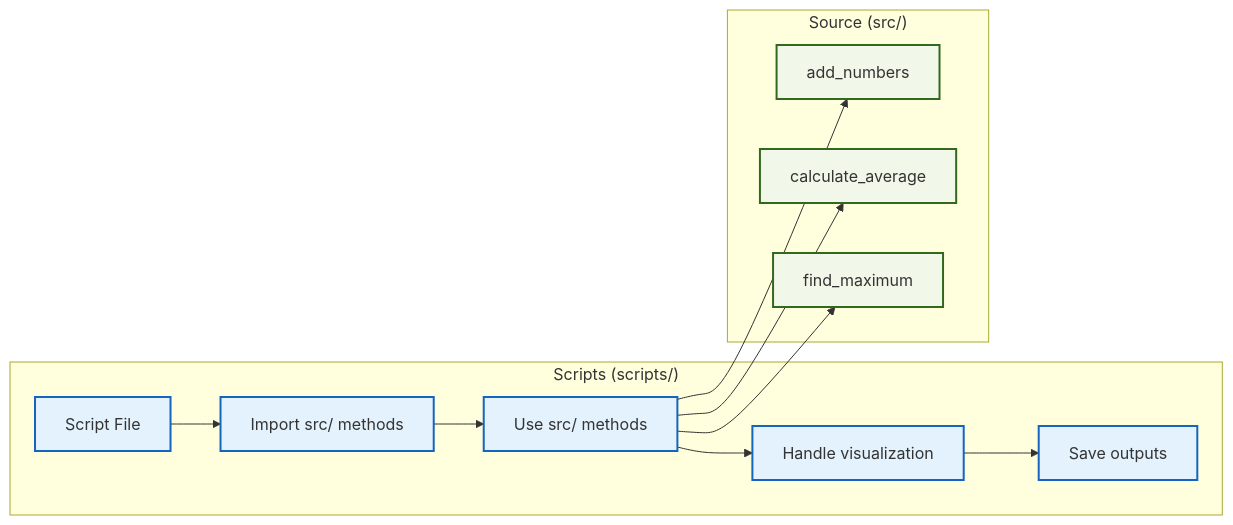
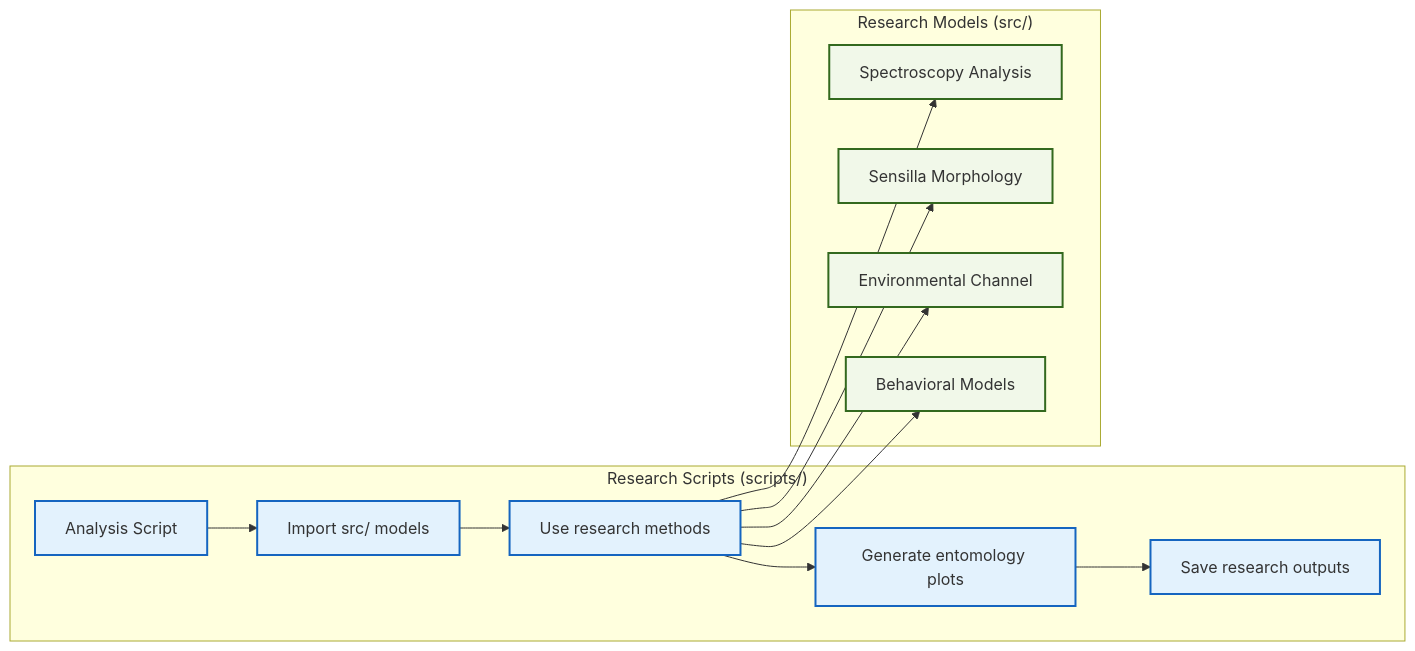
Before and after one commit to docxology/cohereants: the second of 4 diagrams in ARCHITECTURE.md, drawn with Mermaid. The commit also changed other lines of this file and 210 other files, not shown here.

````diff
--- a/ARCHITECTURE.md
+++ b/ARCHITECTURE.md
@@ -94,30 +101,32 @@
 ```mermaid
 graph LR
-    subgraph "Scripts (scripts/)"
-        SCRIPT[Script File]
-        IMPORT[Import src/ methods]
-        USE[Use src/ methods]
-        VISUALIZE[Handle visualization]
-        OUTPUT[Save outputs]
+    subgraph "Research Scripts (scripts/)"
+        SCRIPT[Analysis Script]
+        IMPORT[Import src/ models]
+        USE[Use research methods]
+        VISUALIZE[Generate entomology plots]
+        OUTPUT[Save research outputs]
     end
-    
-    subgraph "Source (src/)"
-        FUNC1[add_numbers]
-        FUNC2[calculate_average]
-        FUNC3[find_maximum]
+
+    subgraph "Research Models (src/)"
+        SPECTRO[Spectroscopy Analysis]
+        SENSILLA[Sensilla Morphology]
+        ENV[Environmental Channel]
+        BEHAVIOR[Behavioral Models]
     end
-    
+
     SCRIPT --> IMPORT
     IMPORT --> USE
-    USE --> FUNC1
-    USE --> FUNC2
-    USE --> FUNC3
+    USE --> SPECTRO
+    USE --> SENSILLA
+    USE --> ENV
+    USE --> BEHAVIOR
     USE --> VISUALIZE
     VISUALIZE --> OUTPUT
-    
+
     classDef script fill:#e3f2fd,stroke:#1565c0,stroke-width:2px
     classDef src fill:#f1f8e9,stroke:#33691e,stroke-width:2px
-    
+
     class SCRIPT,IMPORT,USE,VISUALIZE,OUTPUT script
-    class FUNC1,FUNC2,FUNC3 src
+    class SPECTRO,SENSILLA,ENV,BEHAVIOR src
 ```
````
